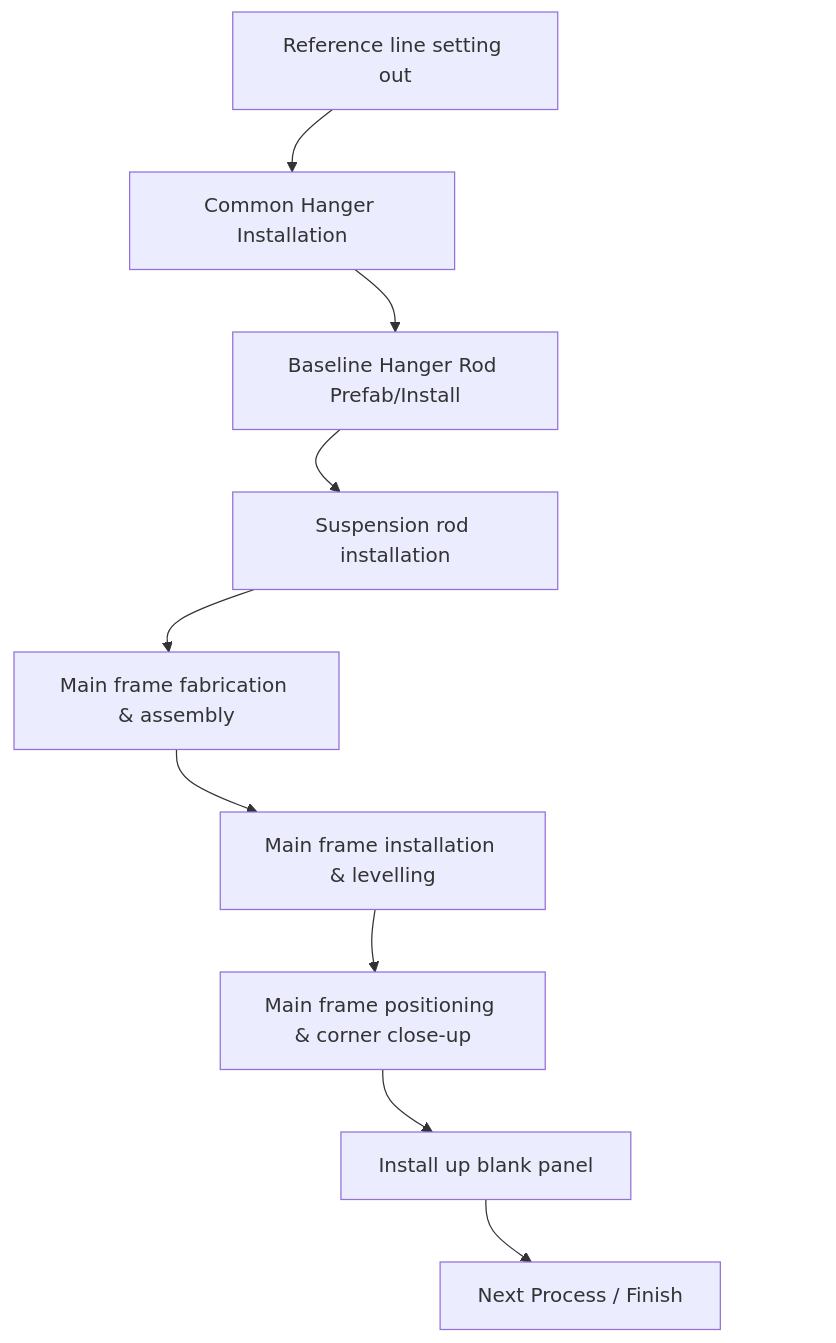
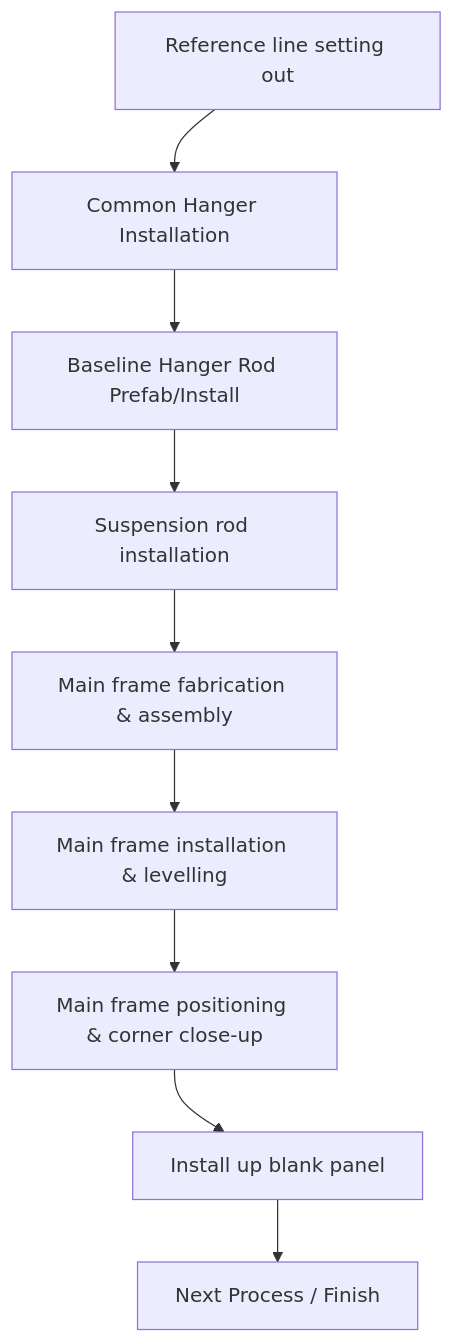
One commit to Asy508/Construction changed the second of 2 diagrams in Notebook/t-grid.md. Above: the diagram before and after it, drawn with Mermaid. The commit also changed other lines of this file, not shown here.

````diff
--- a/Notebook/t-grid.md
+++ b/Notebook/t-grid.md
@@ -39,25 +39,23 @@
 ```mermaid
 flowchart TD
     %% Row 1 (Left to Right)
     A[Reference line setting out] --> B[Common Hanger Installation]
     B --> C[Baseline Hanger Rod Prefab/Install]
     
     %% Connect Row 1 to Row 2
     C --> D[Suspension rod installation]
     
     %% Row 2 (Right to Left visual flow)
     D --> E[Main frame fabrication & assembly]
     E --> F[Main frame installation & levelling]
     
     %% Connect Row 2 to Row 3
     F --> G[Main frame positioning & corner close-up]
     
     %% Row 3 (Left to Right visual flow)
     G --> H[Install up blank panel]
     H --> I[Next Process / Finish]
 
     %% CRITICAL: Invisible vertical links to lock into a 3x3 grid layout
-    A ~~~ F ~~~ G
-    B ~~~ E ~~~ H
-    C ~~~ D ~~~ I
+    H~~~A
 ```
````
